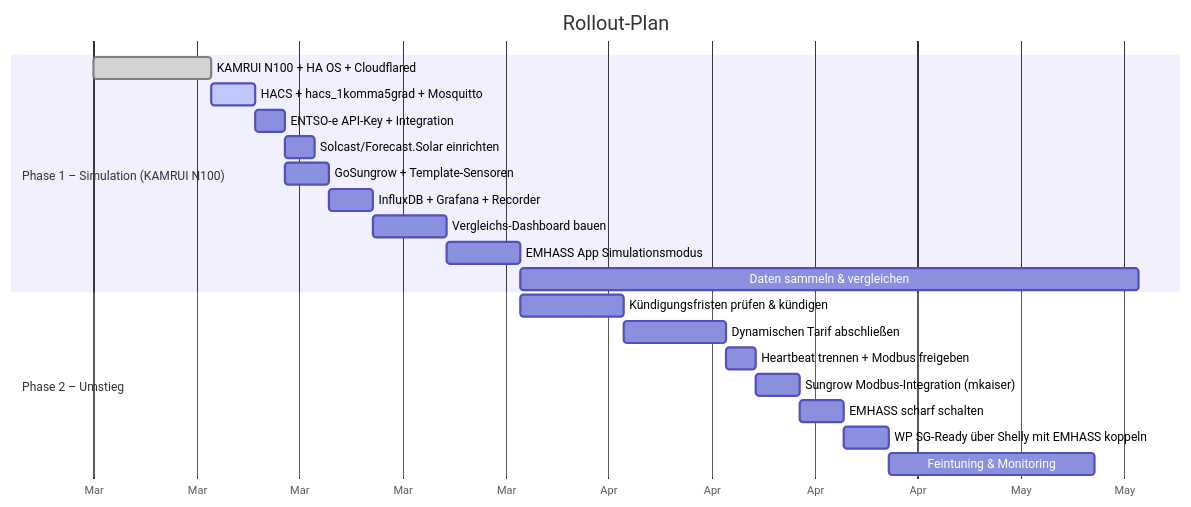
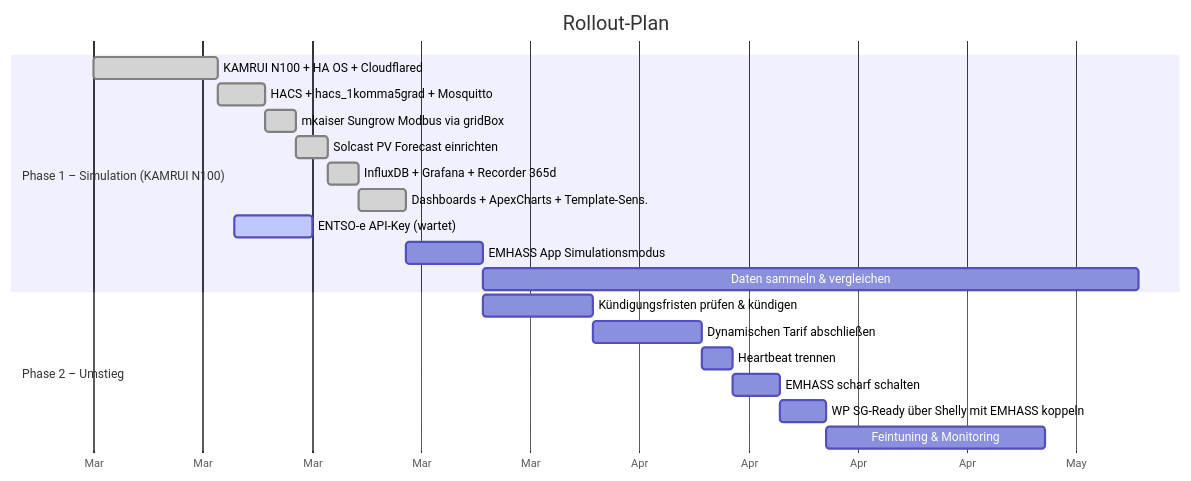
The third of 3 diagrams in docs/architektur.md (schowave/energy-management), drawn with Mermaid before and after one commit. The commit also changed other lines of this file, not shown here.

First line of the commit message:
Update architecture: replace GoSungrow with mkaiser Modbus via gridBox

````diff
--- a/docs/architektur.md
+++ b/docs/architektur.md
@@ -149,26 +153,25 @@
 ```mermaid
 gantt
     title Rollout-Plan
     dateFormat YYYY-MM-DD
     axisFormat %b
 
     section Phase 1 – Simulation (KAMRUI N100)
     KAMRUI N100 + HA OS + Cloudflared       :done, p1hw, 2026-03-01, 8d
-    HACS + hacs_1komma5grad + Mosquitto     :active, p1hacs, after p1hw, 3d
-    ENTSO-e API-Key + Integration           :p1a, after p1hacs, 2d
-    Solcast/Forecast.Solar einrichten       :p1b, after p1a, 2d
-    GoSungrow + Template-Sensoren           :p1c, after p1a, 3d
-    InfluxDB + Grafana + Recorder           :p1d, after p1c, 3d
-    Vergleichs-Dashboard bauen              :p1e, after p1d, 5d
-    EMHASS App Simulationsmodus          :p1f, after p1e, 5d
+    HACS + hacs_1komma5grad + Mosquitto     :done, p1hacs, after p1hw, 3d
+    mkaiser Sungrow Modbus via gridBox      :done, p1mod, after p1hacs, 2d
+    Solcast PV Forecast einrichten          :done, p1b, after p1mod, 2d
+    InfluxDB + Grafana + Recorder 365d      :done, p1d, after p1b, 2d
+    Dashboards + ApexCharts + Template-Sens.:done, p1e, after p1d, 3d
+    ENTSO-e API-Key (wartet)                :active, p1a, 2026-03-10, 5d
+    EMHASS App Simulationsmodus             :p1f, after p1e, 5d
     Daten sammeln & vergleichen             :p1g, after p1f, 42d
 
     section Phase 2 – Umstieg
     Kündigungsfristen prüfen & kündigen     :p2a, after p1f, 7d
     Dynamischen Tarif abschließen           :p2b, after p2a, 7d
-    Heartbeat trennen + Modbus freigeben    :p2c, after p2b, 2d
-    Sungrow Modbus-Integration (mkaiser)    :p2d, after p2c, 3d
-    EMHASS scharf schalten                  :p2e, after p2d, 3d
+    Heartbeat trennen                       :p2c, after p2b, 2d
+    EMHASS scharf schalten                  :p2e, after p2c, 3d
     WP SG-Ready über Shelly mit EMHASS koppeln :p2f, after p2e, 3d
     Feintuning & Monitoring                 :p2g, after p2f, 14d
 ```
````
